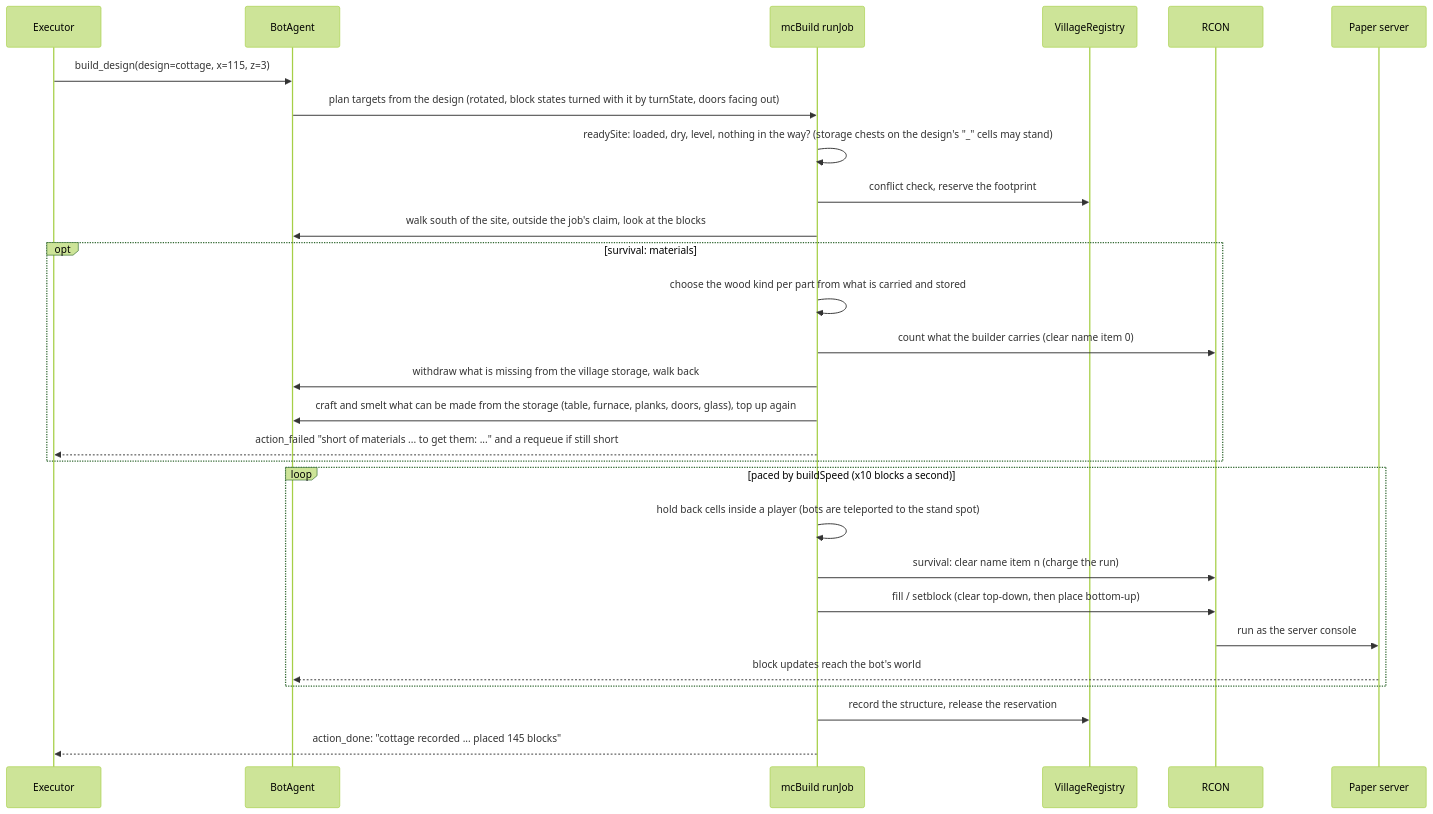
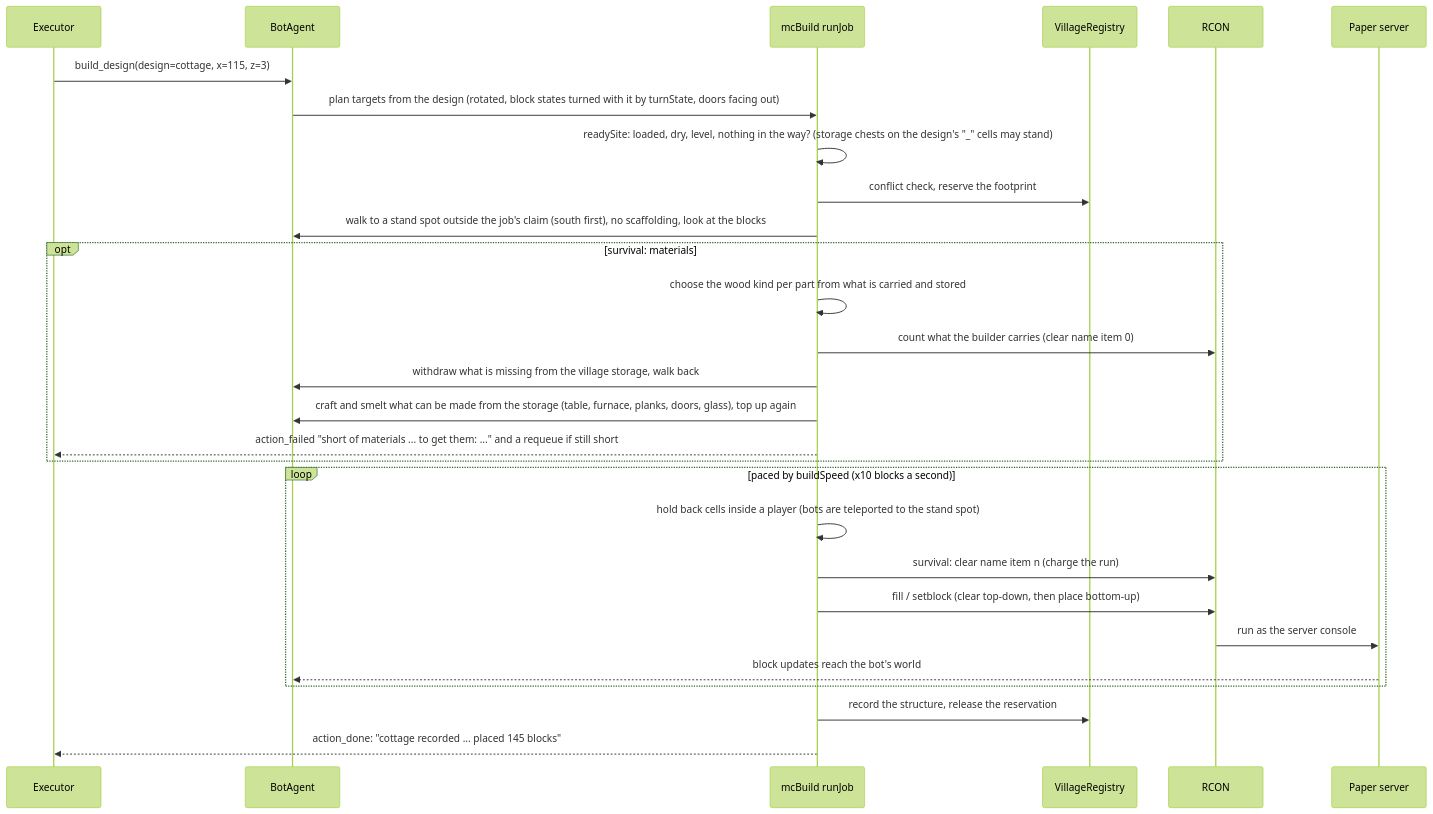
Diagram 11 of 16 in docs/ARCHITECTURE.md (delphium226/MCAISandbox), drawn with Mermaid (forest theme) before and after one commit. The commit also changed other lines of this file and 3 other files, not shown here.

````diff
--- a/docs/ARCHITECTURE.md
+++ b/docs/ARCHITECTURE.md
@@ -434,30 +537,30 @@
 ```mermaid
 sequenceDiagram
   participant E as Executor
   participant B as BotAgent
   participant J as mcBuild runJob
   participant V as VillageRegistry
   participant R as RCON
   participant P as Paper server
   E->>B: build_design(design=cottage, x=115, z=3)
   B->>J: plan targets from the design (rotated, block states turned with it by turnState, doors facing out)
   J->>J: readySite: loaded, dry, level, nothing in the way? (storage chests on the design's "_" cells may stand)
   J->>V: conflict check, reserve the footprint
-  J->>B: walk south of the site, outside the job's claim, look at the blocks
+  J->>B: walk to a stand spot outside the job's claim (south first), no scaffolding, look at the blocks
   opt survival: materials
     J->>J: choose the wood kind per part from what is carried and stored
     J->>R: count what the builder carries (clear name item 0)
     J->>B: withdraw what is missing from the village storage, walk back
     J->>B: craft and smelt what can be made from the storage (table, furnace, planks, doors, glass), top up again
     J-->>E: action_failed "short of materials ... to get them: ..." and a requeue if still short
   end
   loop paced by buildSpeed (x10 blocks a second)
     J->>J: hold back cells inside a player (bots are teleported to the stand spot)
     J->>R: survival: clear name item n (charge the run)
     J->>R: fill / setblock (clear top-down, then place bottom-up)
     R->>P: run as the server console
     P-->>B: block updates reach the bot's world
   end
   J->>V: record the structure, release the reservation
   J-->>E: action_done: "cottage recorded ... placed 145 blocks"
 ```
````
